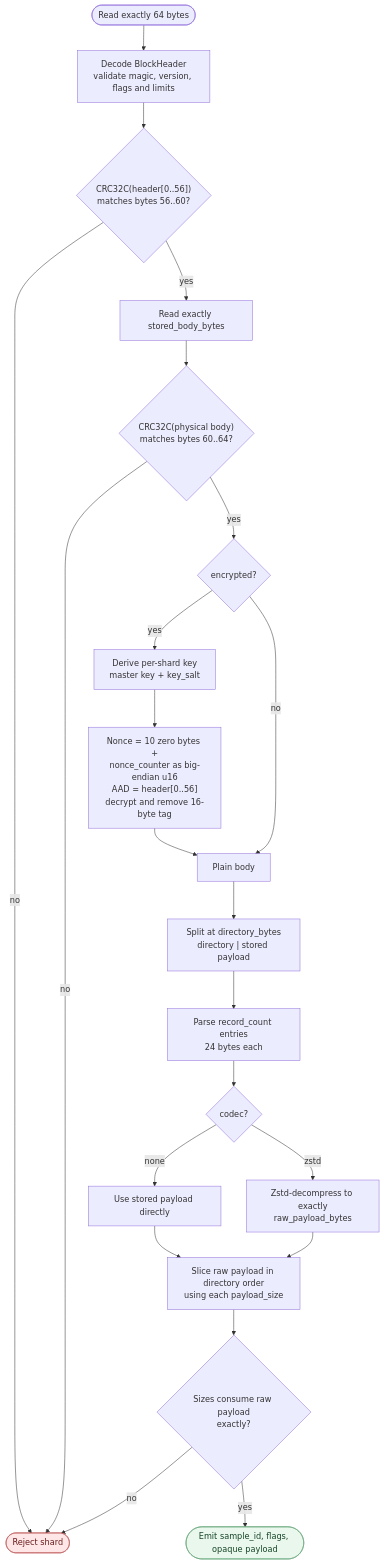
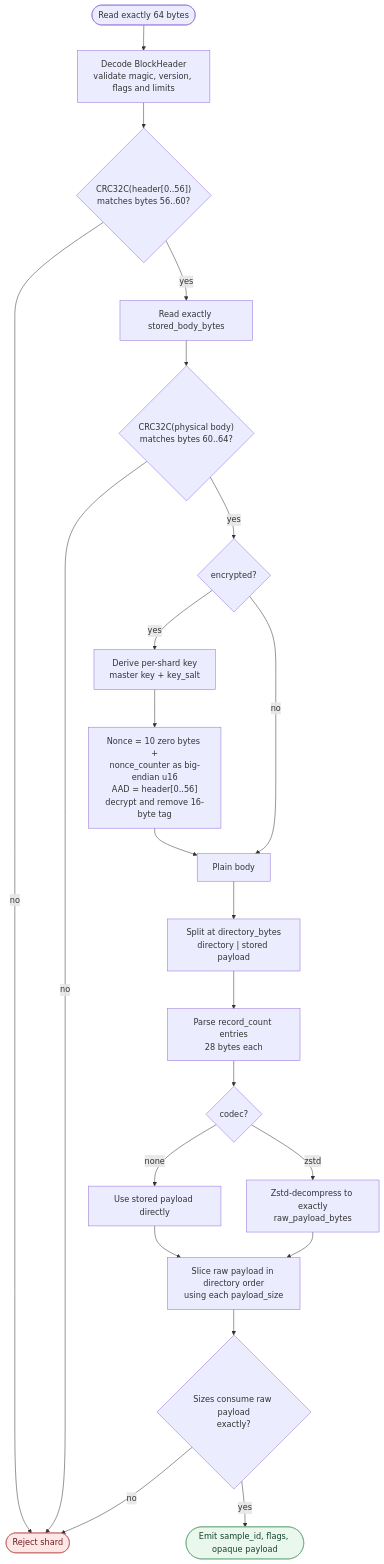
One commit to SunDoge/shardpack changed the third of 4 diagrams in docs/spk-parsing.md. Above: the diagram before and after it, drawn with Mermaid. The commit also changed other lines of this file and 16 other files, not shown here.

````diff
--- a/docs/spk-parsing.md
+++ b/docs/spk-parsing.md
@@ -76,39 +75,39 @@
 ```mermaid
 flowchart TD
     start(["Read exactly 64 bytes"])
     header["Decode BlockHeader<br/>validate magic, version, flags and limits"]
     hcrc{"CRC32C(header[0..56])<br/>matches bytes 56..60?"}
     readbody["Read exactly stored_body_bytes"]
     bcrc{"CRC32C(physical body)<br/>matches bytes 60..64?"}
     derive["Derive per-shard key<br/>master key + key_salt"]
     decrypt["Nonce = 10 zero bytes +<br/>nonce_counter as big-endian u16<br/>AAD = header[0..56]<br/>decrypt and remove 16-byte tag"]
     plain["Plain body"]
     split["Split at directory_bytes<br/>directory | stored payload"]
-    directory["Parse record_count entries<br/>24 bytes each"]
+    directory["Parse record_count entries<br/>28 bytes each"]
     codec{"codec?"}
     none["Use stored payload directly"]
     zstd["Zstd-decompress to exactly<br/>raw_payload_bytes"]
     records["Slice raw payload in directory order<br/>using each payload_size"]
     exact{"Sizes consume raw payload<br/>exactly?"}
     emit(["Emit sample_id, flags, opaque payload"])
     fail(["Reject shard"])
 
     start --> header --> hcrc
     hcrc -- no --> fail
     hcrc -- yes --> readbody --> bcrc
     bcrc -- no --> fail
     bcrc -- yes --> encrypted2{"encrypted?"}
     encrypted2 -- yes --> derive --> decrypt --> plain
     encrypted2 -- no --> plain
     plain --> split --> directory --> codec
     codec -- none --> none --> records
     codec -- zstd --> zstd --> records
     records --> exact
     exact -- no --> fail
     exact -- yes --> emit
 
     classDef failure fill:#ffe7e7,color:#681b1b,stroke:#bd5555;
     classDef output fill:#e9f7ed,color:#164426,stroke:#62a276;
     class fail failure;
     class emit output;
 ```
````
